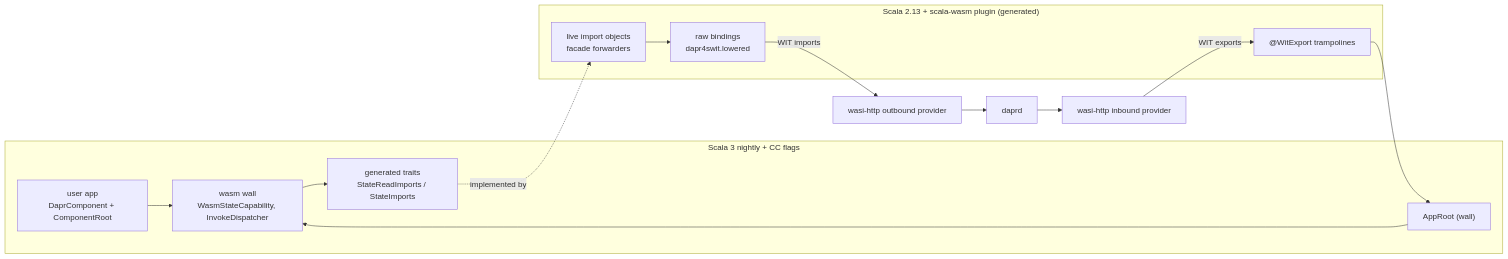
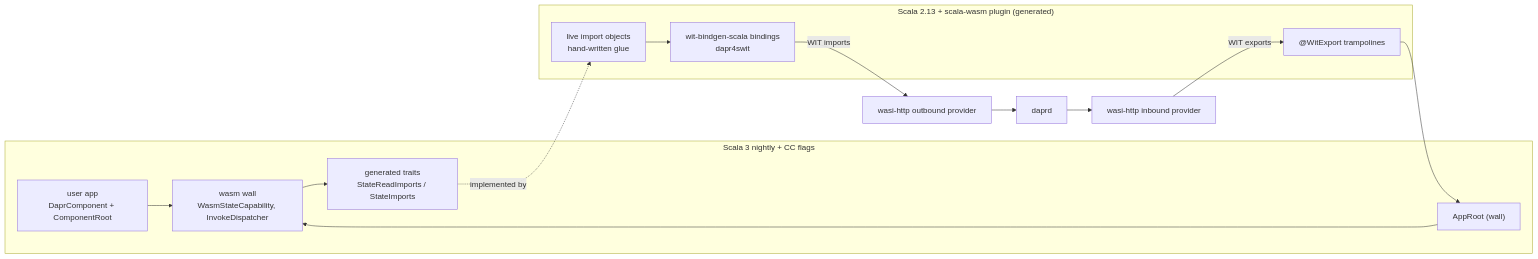
One commit to sideeffffect/dapr4s changed the ninth of 9 diagrams in docs/DESIGN.md. Above: the diagram before and after it, drawn with Mermaid. The commit also changed other lines of this file and 17 other files, not shown here.

First line of the commit message:
refactor(wasm): hand-written 2.13 WIT glue instead of the generator

````diff
--- a/docs/DESIGN.md
+++ b/docs/DESIGN.md
@@ -1142,15 +1143,15 @@
 ```mermaid
 flowchart LR
   subgraph Scala3["Scala 3 nightly + CC flags"]
     App["user app<br/>DaprComponent + ComponentRoot"] --> Wall["wasm wall<br/>WasmStateCapability, InvokeDispatcher"]
     Wall --> Traits["generated traits<br/>StateReadImports / StateImports"]
     Root["AppRoot (wall)"] --> Wall
   end
   subgraph Scala213["Scala 2.13 + scala-wasm plugin (generated)"]
-    Live["live import objects<br/>facade forwarders"] --> Lowered["raw bindings<br/>dapr4swit.lowered"]
+    Live["live import objects<br/>hand-written glue"] --> Lowered["wit-bindgen-scala bindings<br/>dapr4swit"]
     Tramp["@WitExport trampolines"] --> Root
   end
   Traits -.implemented by.-> Live
   Lowered -->|WIT imports| Out["wasi-http outbound provider"] --> Daprd["daprd"]
   Daprd --> In["wasi-http inbound provider"] -->|WIT exports| Tramp
 ```
````
